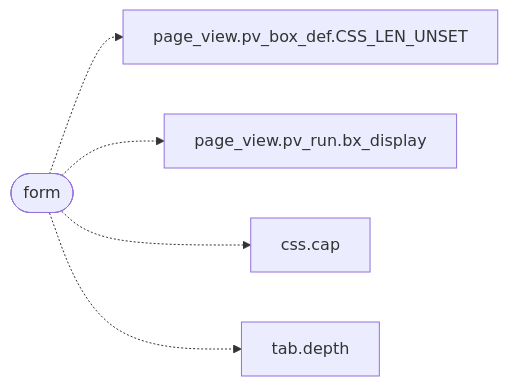
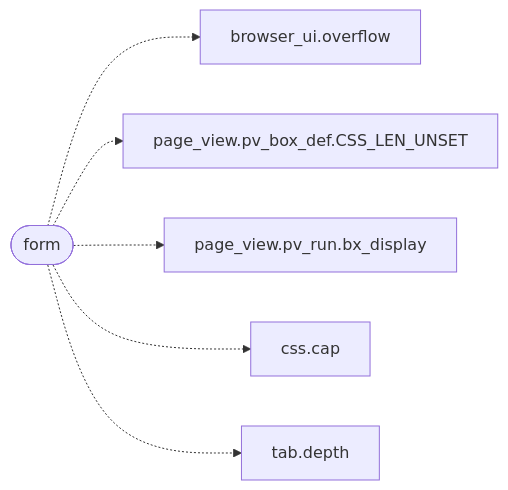
Before and after one commit to grisuno/FreeDom: the second of 2 diagrams in readmenator-apidocs/modules/include.render_doc.h.md, drawn with Mermaid. The commit also changed other lines of this file and 259 other files, not shown here.

````diff
--- a/readmenator-apidocs/modules/include.render_doc.h.md
+++ b/readmenator-apidocs/modules/include.render_doc.h.md
@@ -37,12 +37,14 @@
 ```mermaid
 flowchart LR
     n_include_render_doc_h__form(["form"])
+    n_gui_browser_ui_c__overflow["browser_ui.overflow"]
     n_include_page_view_h__pv_box_def_CSS_LEN_UNSET["page_view.pv_box_def.CSS_LEN_UNSET"]
     n_include_page_view_h__pv_run_bx_display["page_view.pv_run.bx_display"]
     n_src_css_c__cap["css.cap"]
     n_src_tab_c__depth["tab.depth"]
+    n_include_render_doc_h__form -.-> n_gui_browser_ui_c__overflow
     n_include_render_doc_h__form -.-> n_include_page_view_h__pv_box_def_CSS_LEN_UNSET
     n_include_render_doc_h__form -.-> n_include_page_view_h__pv_run_bx_display
     n_include_render_doc_h__form -.-> n_src_css_c__cap
     n_include_render_doc_h__form -.-> n_src_tab_c__depth
 ```
````
